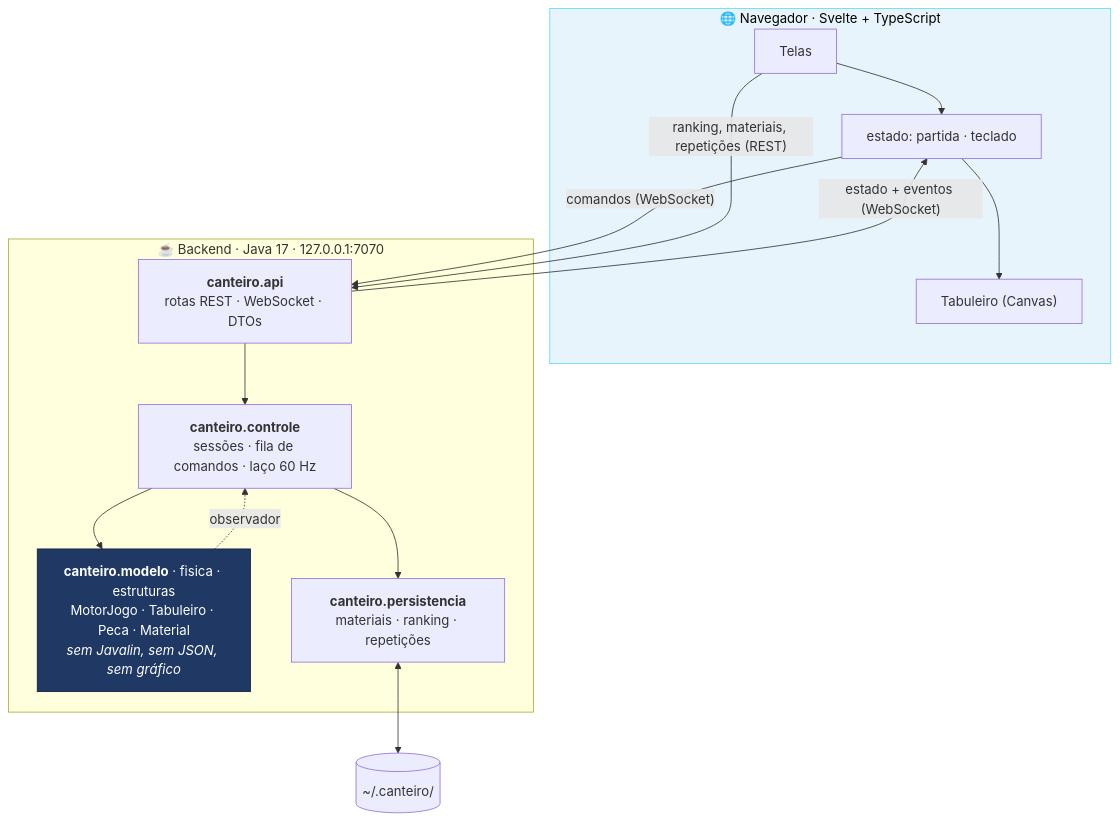
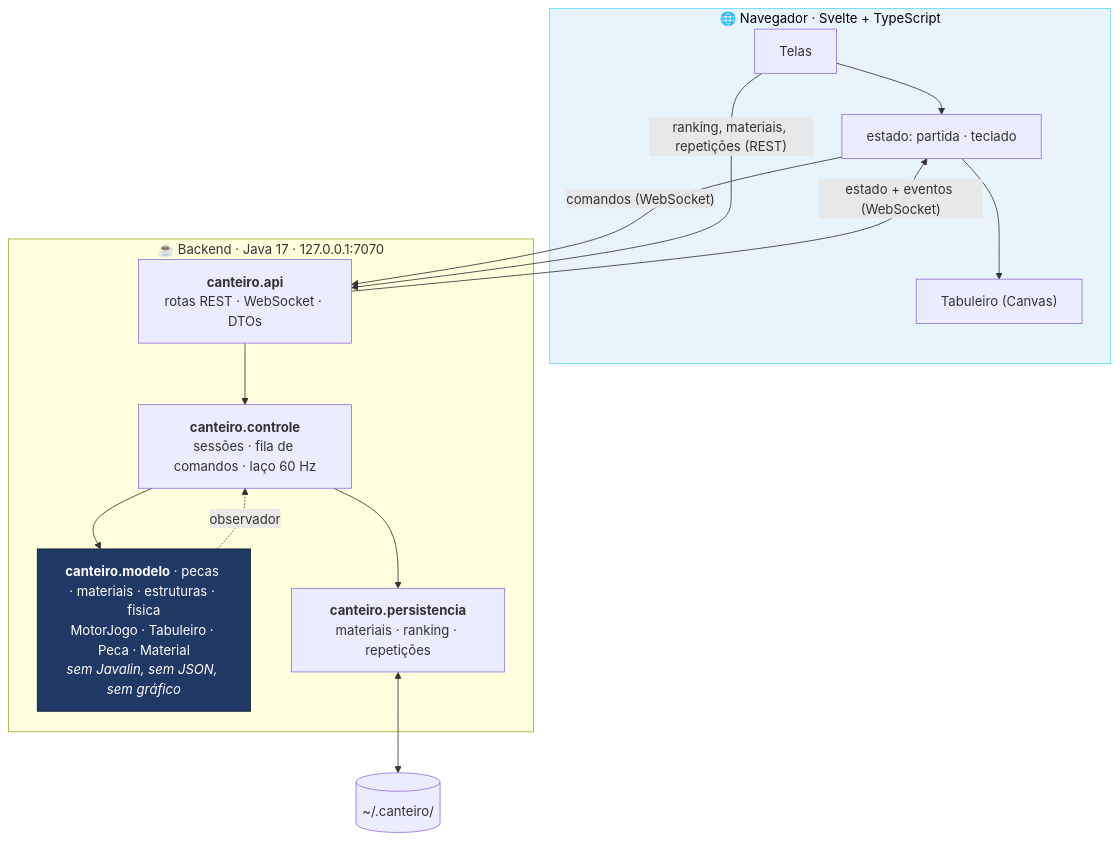
Before and after one commit to mateus-vitor-ferreira-dev/canteiro: the first of 3 diagrams in README.md, drawn with Mermaid. The commit also changed other lines of this file and 25 other files, not shown here.

````diff
--- a/README.md
+++ b/README.md
@@ -293,25 +293,25 @@
 ```mermaid
 flowchart TB
     subgraph NAV["🌐 Navegador · Svelte + TypeScript"]
         TELAS["Telas"] --> ESTADO["estado: partida · teclado"]
         ESTADO --> CANVAS["Tabuleiro (Canvas)"]
     end
 
     subgraph JVM["☕ Backend · Java 17 · 127.0.0.1:7070"]
         API["<b>canteiro.api</b><br/>rotas REST · WebSocket · DTOs"]
         CTRL["<b>canteiro.controle</b><br/>sessões · fila de comandos · laço 60 Hz"]
-        MOD["<b>canteiro.modelo</b> · fisica · estruturas<br/>MotorJogo · Tabuleiro · Peca · Material<br/><i>sem Javalin, sem JSON, sem gráfico</i>"]
+        MOD["<b>canteiro.modelo</b> · pecas · materiais · estruturas · fisica<br/>MotorJogo · Tabuleiro · Peca · Material<br/><i>sem Javalin, sem JSON, sem gráfico</i>"]
         PERS["<b>canteiro.persistencia</b><br/>materiais · ranking · repetições"]
         API --> CTRL --> MOD
         CTRL --> PERS
         MOD -. "observador" .-> CTRL
     end
 
     ESTADO -- "comandos (WebSocket)" --> API
     API -- "estado + eventos (WebSocket)" --> ESTADO
     TELAS -- "ranking, materiais, repetições (REST)" --> API
     PERS <--> ARQ[("~/.canteiro/")]
 
     style MOD fill:#1F3864,stroke:#0f1e38,color:#fff
     style NAV fill:#E8F4FB,stroke:#61DAFB,color:#000
 ```
````
